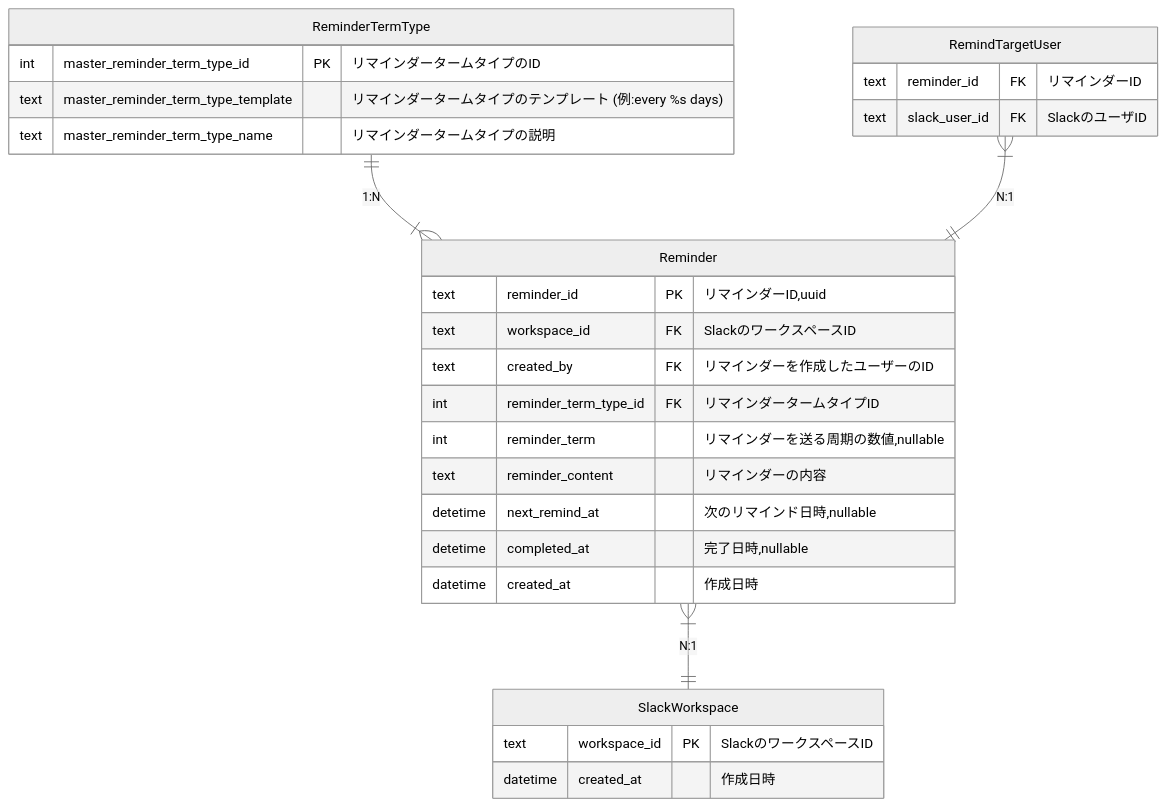
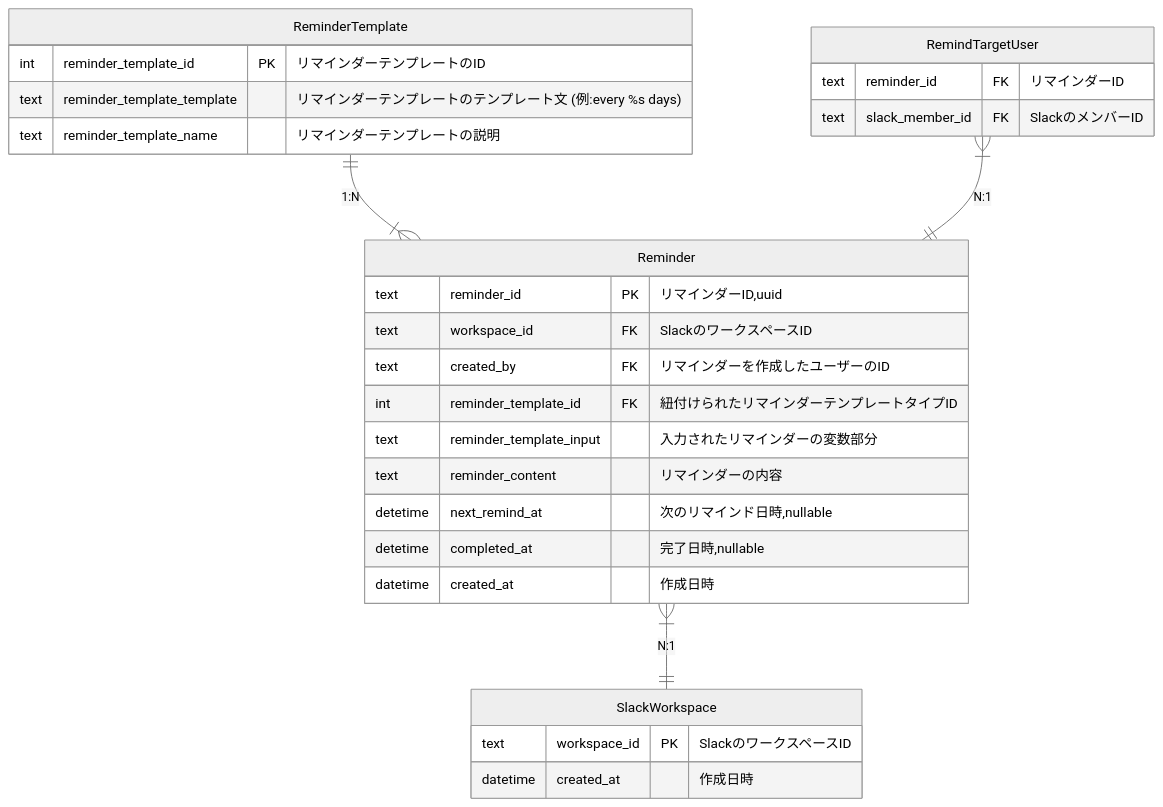
The diagram in データベース設計/DBモデリング4/README.md (junseinagao/praha-challenge), drawn with Mermaid (neutral theme) before and after one commit. The commit also changed other lines of this file, not shown here.

````diff
--- a/データベース設計/DBモデリング4/README.md
+++ b/データベース設計/DBモデリング4/README.md
@@ -130,38 +22,39 @@
 ```mermaid
 erDiagram
 
 Reminder {
   text reminder_id PK "リマインダーID,uuid"
   text workspace_id FK "SlackのワークスペースID"
   text created_by FK "リマインダーを作成したユーザーのID"
-  int  reminder_term_type_id FK "リマインダータームタイプID"
-  int reminder_term "リマインダーを送る周期の数値,nullable"
+  int  reminder_template_id FK "紐付けられたリマインダーテンプレートタイプID"
+  text reminder_template_input "入力されたリマインダーの変数部分"
   text reminder_content "リマインダーの内容"
   detetime next_remind_at "次のリマインド日時,nullable"
   detetime completed_at "完了日時,nullable"
   datetime created_at "作成日時"
 }
 
-ReminderTermType ||--|{ Reminder : "1:N"
+ReminderTemplate ||--|{ Reminder : "1:N"
 
-ReminderTermType {
-  int master_reminder_term_type_id PK "リマインダータームタイプのID"
-  text master_reminder_term_type_template "リマインダータームタイプのテンプレート (例:every %s days)"
-  text master_reminder_term_type_name "リマインダータームタイプの説明"
+ReminderTemplate {
+  int reminder_template_id PK "リマインダーテンプレートのID"
+  text reminder_template_template "リマインダーテンプレートのテンプレート文 (例:every %s days)"
+  text reminder_template_name "リマインダーテンプレートの説明"
 }
 
 RemindTargetUser {
   text reminder_id FK "リマインダーID"
-  text slack_user_id FK "SlackのユーザID"
+  text slack_member_id FK "SlackのメンバーID"
 }
 
 RemindTargetUser }|--|| Reminder : "N:1"
 
 Reminder }|--|| SlackWorkspace : "N:1"
 
 SlackWorkspace {
   text workspace_id PK "SlackのワークスペースID"
   datetime created_at "作成日時"
 }
 
+
 ```
````
